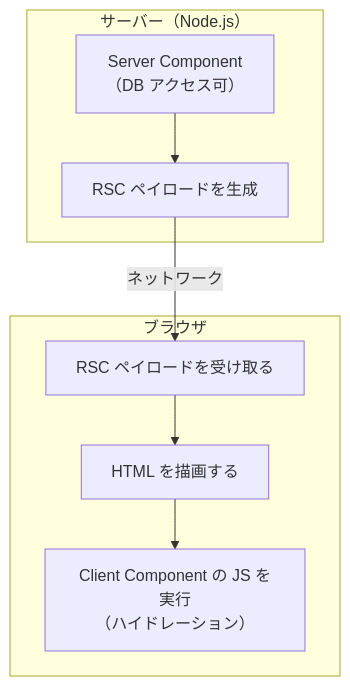
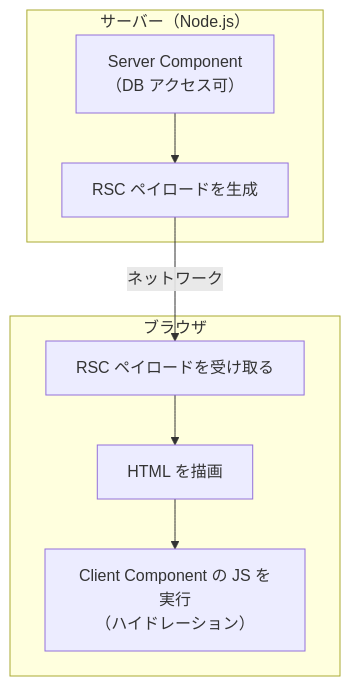
Before and after one commit to GentaAmeku/nextjs-dashboard-training: the first of 2 diagrams in docs/training/01-foundation.md, drawn with Mermaid. The commit also changed other lines of this file and 26 other files, not shown here.

````diff
--- a/docs/training/01-foundation.md
+++ b/docs/training/01-foundation.md
@@ -156,17 +98,15 @@
 ```mermaid
 flowchart TD
     subgraph Server["サーバー（Node.js）"]
         SC["Server Component\n（DB アクセス可）"]
         Payload["RSC ペイロードを生成"]
         SC --> Payload
     end
-
     subgraph Browser["ブラウザ"]
         Recv["RSC ペイロードを受け取る"]
-        HTML["HTML を描画する"]
+        HTML["HTML を描画"]
         Hydrate["Client Component の JS を実行\n（ハイドレーション）"]
         Recv --> HTML --> Hydrate
     end
-
     Payload -->|"ネットワーク"| Recv
 ```
````
